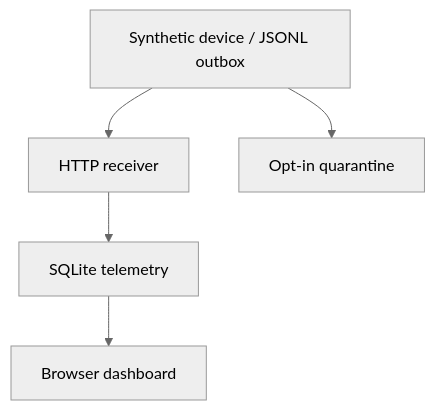
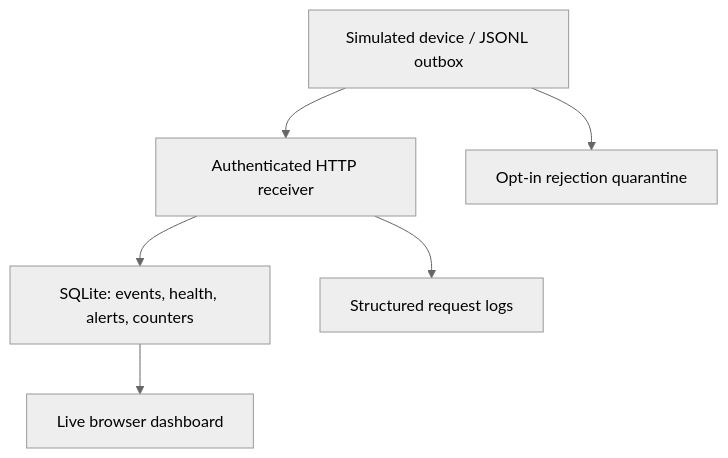
The diagram in README.md (koushikchowdary6/edgewatch-iot), drawn with Mermaid (neutral theme) before and after one commit. The commit also changed other lines of this file and 8 other files, not shown here.

Commit message:
Build observable telemetry recovery, health tracking and persistent alert history

````diff
--- a/README.md
+++ b/README.md
@@ -89,7 +54,8 @@
 ```mermaid
 flowchart TD
-  A["Synthetic device / JSONL outbox"] --> B["HTTP receiver"]
-  B --> C["SQLite telemetry"]
-  C --> D["Browser dashboard"]
-  A --> E["Opt-in quarantine"]
+  A["Simulated device / JSONL outbox"] --> B["Authenticated HTTP receiver"]
+  B --> C["SQLite: events, health, alerts, counters"]
+  C --> D["Live browser dashboard"]
+  B --> E["Structured request logs"]
+  A --> F["Opt-in rejection quarantine"]
 ```
````
